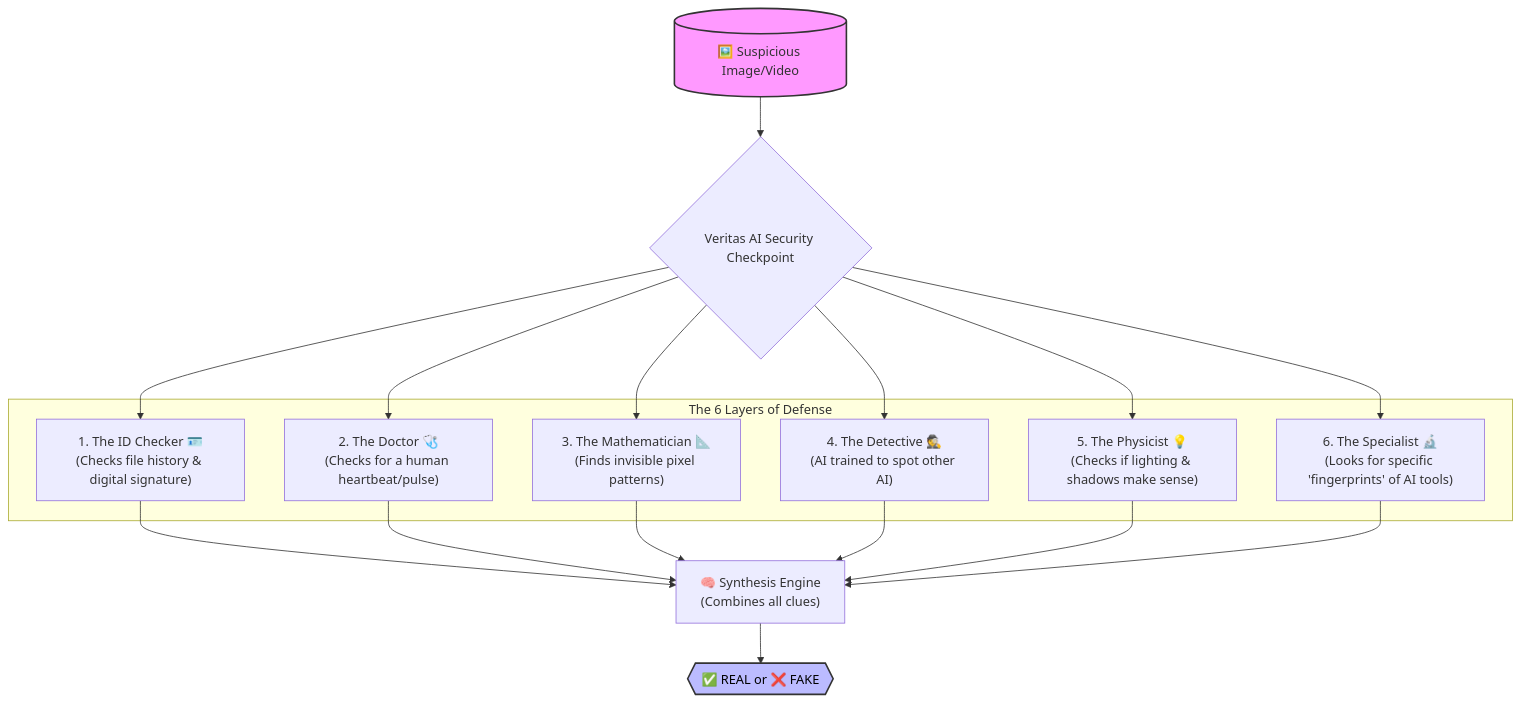
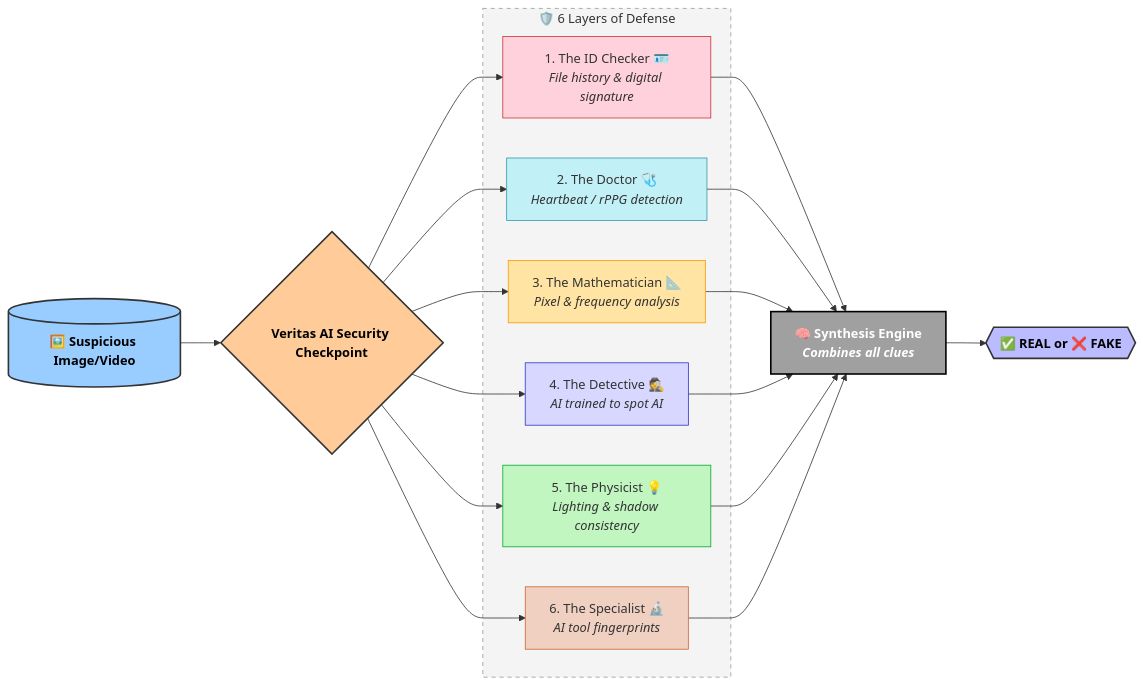
One commit to tanish19078/veritas-ai changed the diagram in README.md. Above: the diagram before and after it, drawn with Mermaid.

````diff
--- a/README.md
+++ b/README.md
@@ -8,22 +8,41 @@
 ```mermaid
-graph TD
-    Input[("🖼️ Suspicious Image/Video")] --> Gate{Veritas AI Security Checkpoint}
-    
-    subgraph "The 6 Layers of Defense"
-        G1["1. The ID Checker 🪪<br>(Checks file history & digital signature)"]
-        G2["2. The Doctor 🩺<br>(Checks for a human heartbeat/pulse)"]
-        G3["3. The Mathematician 📐<br>(Finds invisible pixel patterns)"]
-        G4["4. The Detective 🕵️<br>(AI trained to spot other AI)"]
-        G5["5. The Physicist 💡<br>(Checks if lighting & shadows make sense)"]
-        G6["6. The Specialist 🔬<br>(Looks for specific 'fingerprints' of AI tools)"]
+flowchart LR
+    %% Input
+    Input[("🖼️ Suspicious Image/Video")]:::inputStyle
+
+    %% Security Checkpoint
+    Gate{Veritas AI Security Checkpoint}:::gateStyle
+
+    %% Layers
+    subgraph Layers["🛡️ 6 Layers of Defense"]
+        style Layers fill:#f4f4f4,stroke:#999,stroke-dasharray: 5 5
+        G1["1. The ID Checker 🪪<br><i>File history & digital signature</i>"]:::layer1
+        G2["2. The Doctor 🩺<br><i>Heartbeat / rPPG detection</i>"]:::layer2
+        G3["3. The Mathematician 📐<br><i>Pixel & frequency analysis</i>"]:::layer3
+        G4["4. The Detective 🕵️<br><i>AI trained to spot AI</i>"]:::layer4
+        G5["5. The Physicist 💡<br><i>Lighting & shadow consistency</i>"]:::layer5
+        G6["6. The Specialist 🔬<br><i>AI tool fingerprints</i>"]:::layer6
     end
-    
+
+    %% Analysis & Verdict
+    Analysis["🧠 Synthesis Engine<br><i>Combines all clues</i>"]:::analysis
+    Verdict{{"✅ REAL or ❌ FAKE"}}:::verdict
+
+    %% Connections
+    Input --> Gate
     Gate --> G1 & G2 & G3 & G4 & G5 & G6
-    
-    G1 & G2 & G3 & G4 & G5 & G6 --> Analysis["🧠 Synthesis Engine<br>(Combines all clues)"]
-    
-    Analysis --> Verdict{{"✅ REAL or ❌ FAKE"}}
-    
-    style Input fill:#f9f,stroke:#333,stroke-width:2px
-    style Verdict fill:#bbf,stroke:#333,stroke-width:2px,color:black
+    G1 & G2 & G3 & G4 & G5 & G6 --> Analysis --> Verdict
+
+    %% Styling
+    classDef inputStyle fill:#9cf,stroke:#333,stroke-width:2px,color:#000,font-weight:bold
+    classDef gateStyle fill:#fc9,stroke:#333,stroke-width:2px,color:#000,font-weight:bold
+    classDef layer1 fill:#ffd1dc,stroke:#c33,stroke-width:1px
+    classDef layer2 fill:#c1f0f6,stroke:#39a,stroke-width:1px
+    classDef layer3 fill:#ffe4a3,stroke:#f90,stroke-width:1px
+    classDef layer4 fill:#d7d7ff,stroke:#33c,stroke-width:1px
+    classDef layer5 fill:#c1f6c1,stroke:#0a3,stroke-width:1px
+    classDef layer6 fill:#f0d1c1,stroke:#c63,stroke-width:1px
+    classDef analysis fill:#a0a0a0,stroke:#000,stroke-width:2px,color:white,font-weight:bold
+    classDef verdict fill:#bbf,stroke:#333,stroke-width:2px,color:black,font-weight:bold
+
 ```
````
